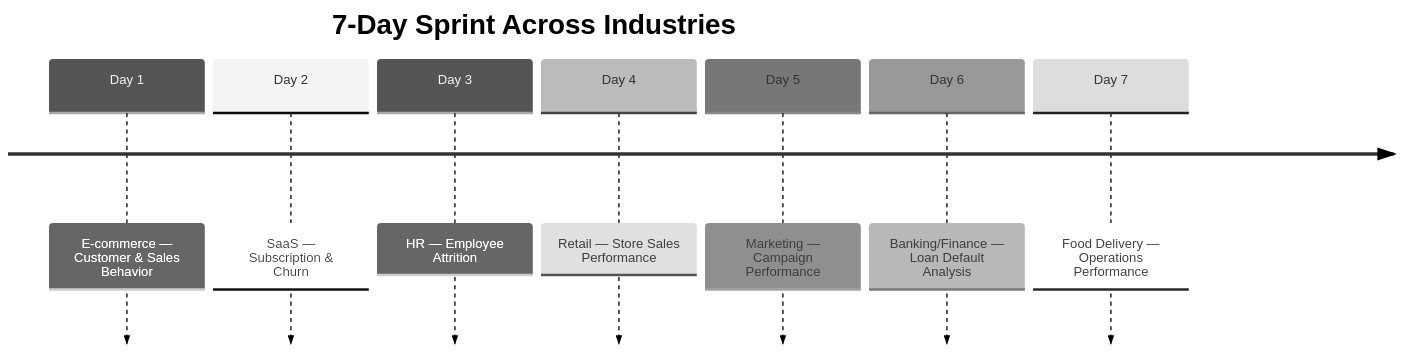
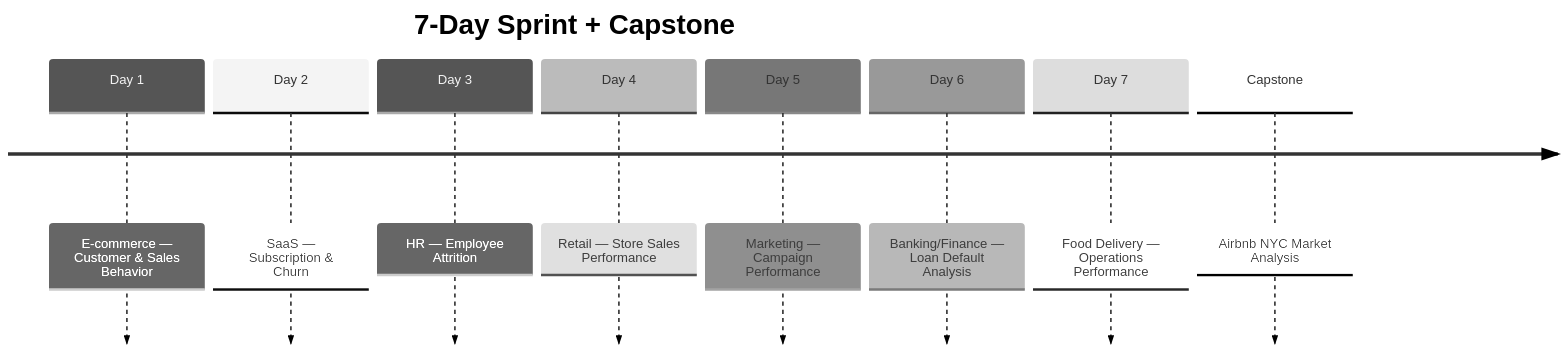
The second of 2 diagrams in README.md (SankalpSinghRanaut/7-Days-7-DA-Project-and-Case-Study), drawn with Mermaid (neutral theme) before and after one commit. The commit also changed other lines of this file, not shown here.

````diff
--- a/README.md
+++ b/README.md
@@ -52,11 +54,12 @@
 ```mermaid
 timeline
-    title 7-Day Sprint Across Industries
+    title 7-Day Sprint + Capstone
     Day 1 : E-commerce — Customer & Sales Behavior
     Day 2 : SaaS — Subscription & Churn
     Day 3 : HR — Employee Attrition
     Day 4 : Retail — Store Sales Performance
     Day 5 : Marketing — Campaign Performance
     Day 6 : Banking/Finance — Loan Default Analysis
     Day 7 : Food Delivery — Operations Performance
+    Capstone : Airbnb NYC Market Analysis
 ```
````
